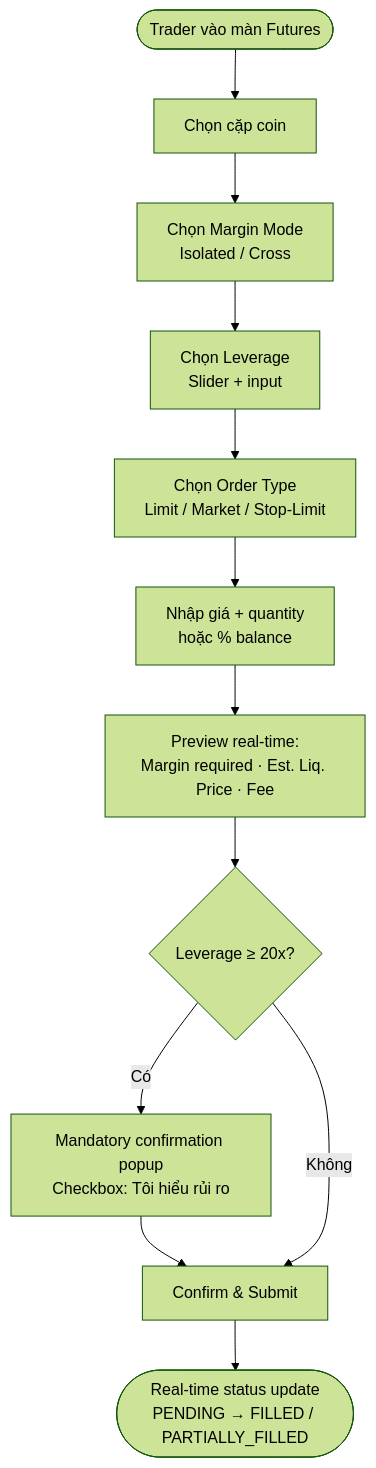
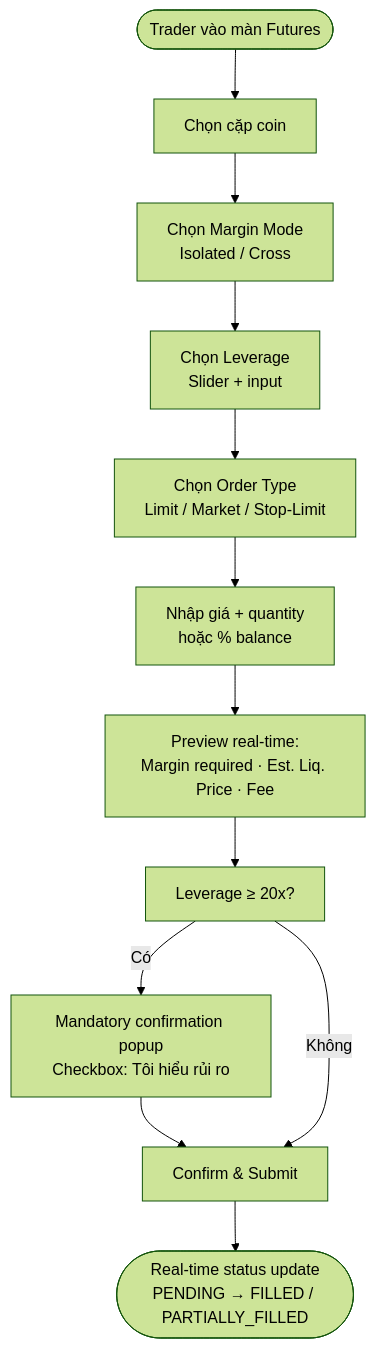
One commit to NDChinh36/portfolio-docs changed the first of 2 diagrams in projects/nami-futures-trading.mdx. Above: the diagram before and after it, drawn with Mermaid (forest theme).

Commit message:
auto: update nami-futures-trading.mdx

````diff
--- a/projects/nami-futures-trading.mdx
+++ b/projects/nami-futures-trading.mdx
@@ -171,14 +171,14 @@
 ```mermaid
 flowchart TD
     A([Trader vào màn Futures]) --> B[Chọn cặp coin]
     B --> C[Chọn Margin Mode\nIsolated / Cross]
     C --> D[Chọn Leverage\nSlider + input]
     D --> E[Chọn Order Type\nLimit / Market / Stop-Limit]
     E --> F[Nhập giá + quantity\nhoặc % balance]
     F --> G[Preview real-time:\nMargin required · Est. Liq. Price · Fee]
-    G --> H{Leverage ≥ 20x?}
+    G --> H[Leverage ≥ 20x?]
     H -- Có --> I[Mandatory confirmation popup\nCheckbox: Tôi hiểu rủi ro]
     I --> J[Confirm & Submit]
     H -- Không --> J
     J --> K([Real-time status update\nPENDING → FILLED / PARTIALLY_FILLED])
 ```
````
